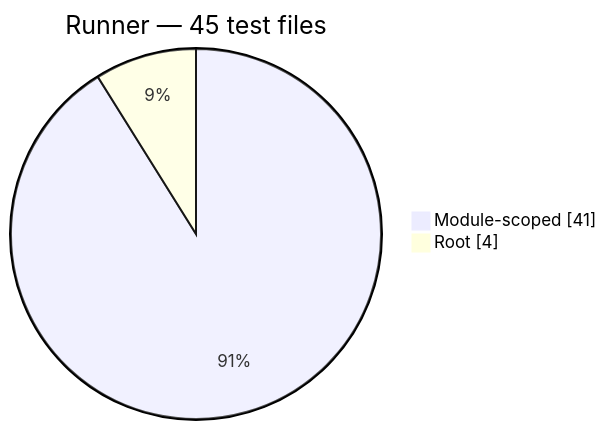
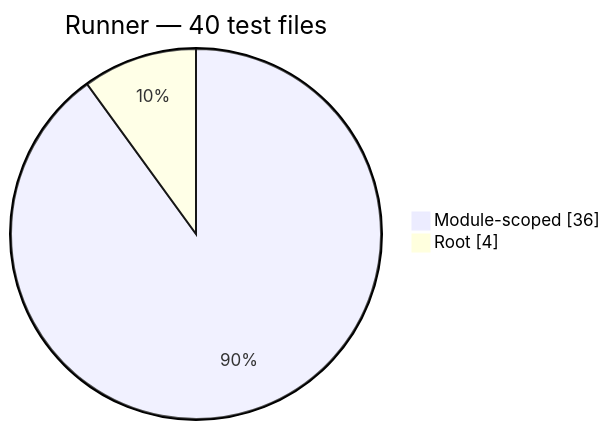
The tenth of 13 diagrams in docs/generated/test-composition.md (Mohammed-Alama/php-arazzo), drawn with Mermaid before and after one commit. The commit also changed other lines of this file and 54 other files, not shown here.

````diff
--- a/docs/generated/test-composition.md
+++ b/docs/generated/test-composition.md
@@ -122,6 +136,6 @@
 ```mermaid
 pie showData
-    title Runner — 45 test files
-    "Module-scoped": 41
+    title Runner — 40 test files
+    "Module-scoped": 36
     "Root": 4
 ```
````
